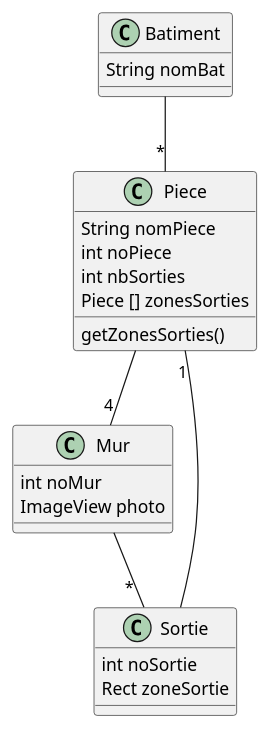
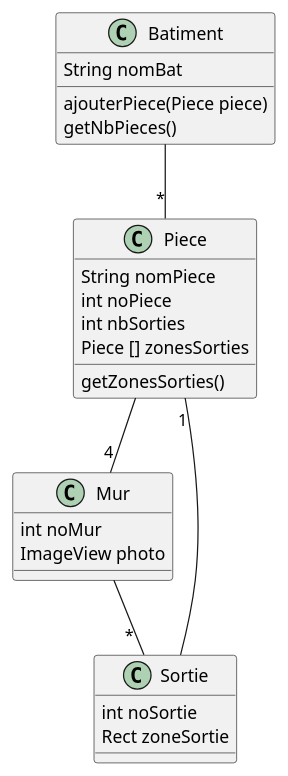
One commit to alexandreantunesmnds/HouseMap changed the diagram in app/src/UML/Construction.puml. Above: the diagram before and after it, drawn with PlantUML. The commit also changed 1 other file, not shown here.

```diff
--- a/app/src/UML/Construction.puml
+++ b/app/src/UML/Construction.puml
@@ -1,34 +1,36 @@
 @startuml
 'https://plantuml.com/class-diagram
 class Batiment{
 String nomBat
+ajouterPiece(Piece piece)
+getNbPieces()
 }
 
 class Piece {
 String nomPiece
 int noPiece
 int nbSorties
 Piece [] zonesSorties
 getZonesSorties()
 }
 class Sortie{
 int noSortie
 Rect zoneSortie
 }
 
 class Mur {
 int noMur
 ImageView photo
 }
 'class MainActivity{
 'Button Construction
 'Button Simulation
 'onCreate()
 '}
 
 Batiment--"*"Piece
 Piece--"4"Mur
 Sortie -- "1" Piece
 Mur--"                  *"Sortie
 
 @enduml
```
